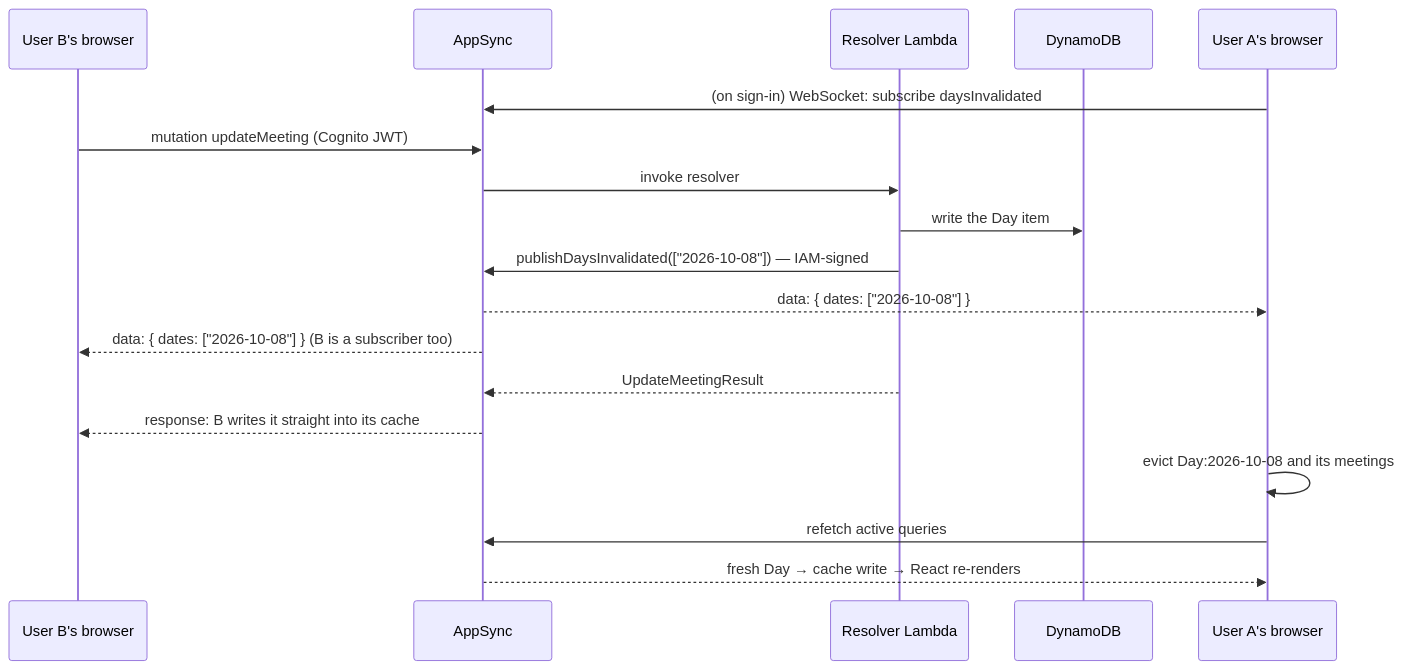
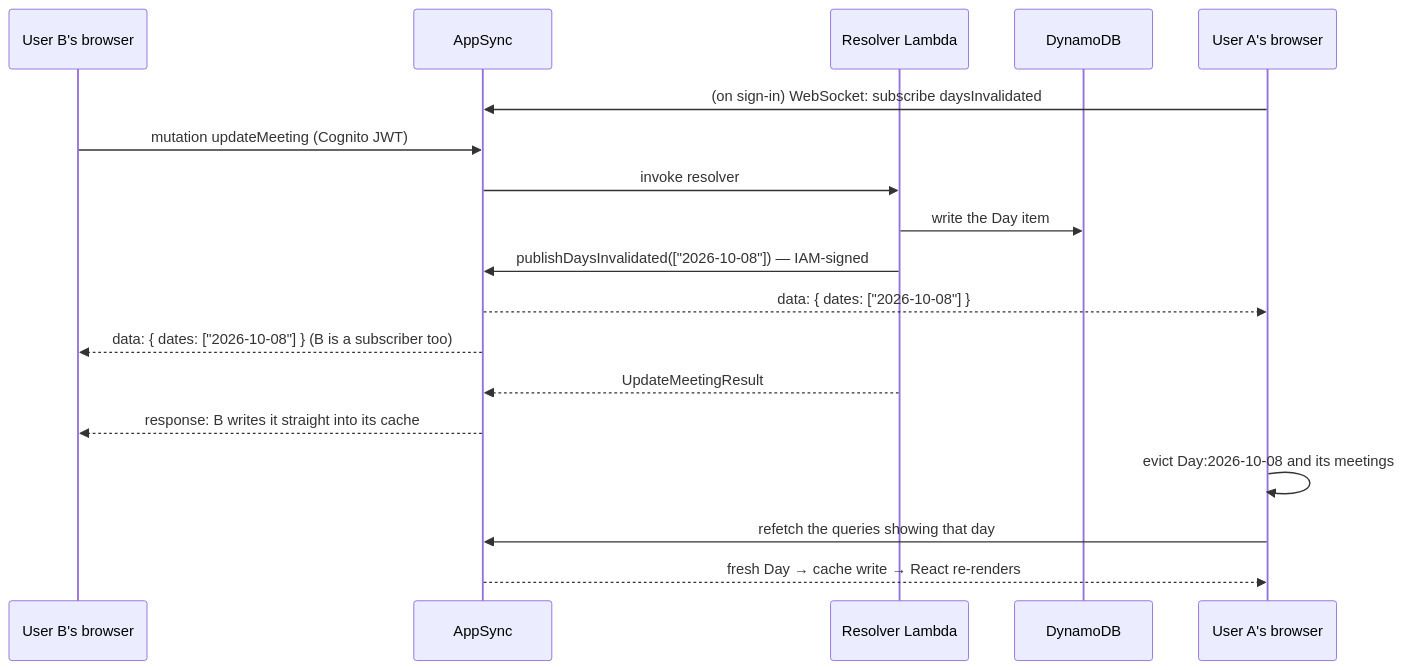
Before and after one commit to geoffweatherall/mootmaker: the second of 7 diagrams in docs/showcase/live-updates-talk.md, drawn with Mermaid. The commit also changed other lines of this file and 2 other files, not shown here.

First line of the commit message:
Describe targeted refetch and merge-on-refetch in the live-updates docs

````diff
--- a/docs/showcase/live-updates-talk.md
+++ b/docs/showcase/live-updates-talk.md
@@ -262,20 +263,20 @@
 ```mermaid
 sequenceDiagram
   participant B as User B's browser
   participant AS as AppSync
   participant L as Resolver Lambda
   participant DB as DynamoDB
   participant A as User A's browser
   A->>AS: (on sign-in) WebSocket: subscribe daysInvalidated
   B->>AS: mutation updateMeeting (Cognito JWT)
   AS->>L: invoke resolver
   L->>DB: write the Day item
   L->>AS: publishDaysInvalidated(["2026-10-08"]) — IAM-signed
   AS-->>A: data: { dates: ["2026-10-08"] }
   AS-->>B: data: { dates: ["2026-10-08"] } (B is a subscriber too)
   L-->>AS: UpdateMeetingResult
   AS-->>B: response: B writes it straight into its cache
   A->>A: evict Day:2026-10-08 and its meetings
-  A->>AS: refetch active queries
+  A->>AS: refetch the queries showing that day
   AS-->>A: fresh Day → cache write → React re-renders
 ```
````
